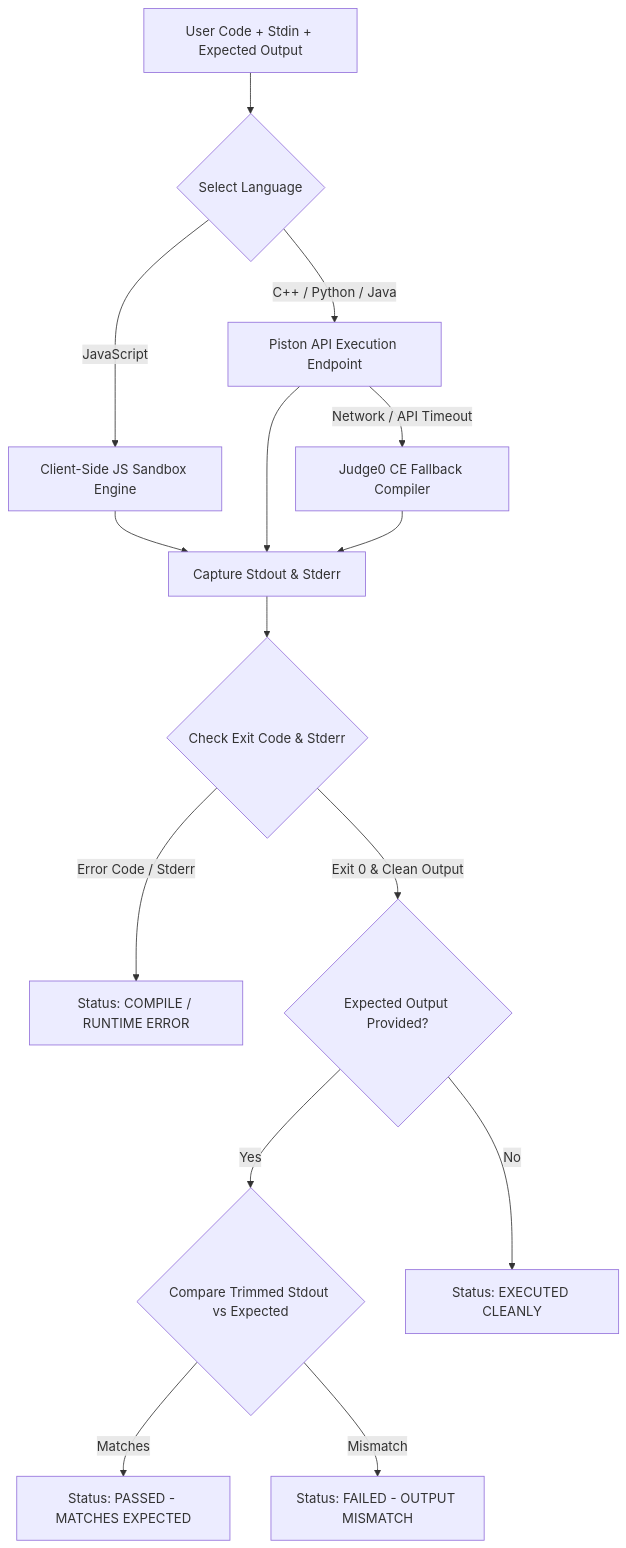
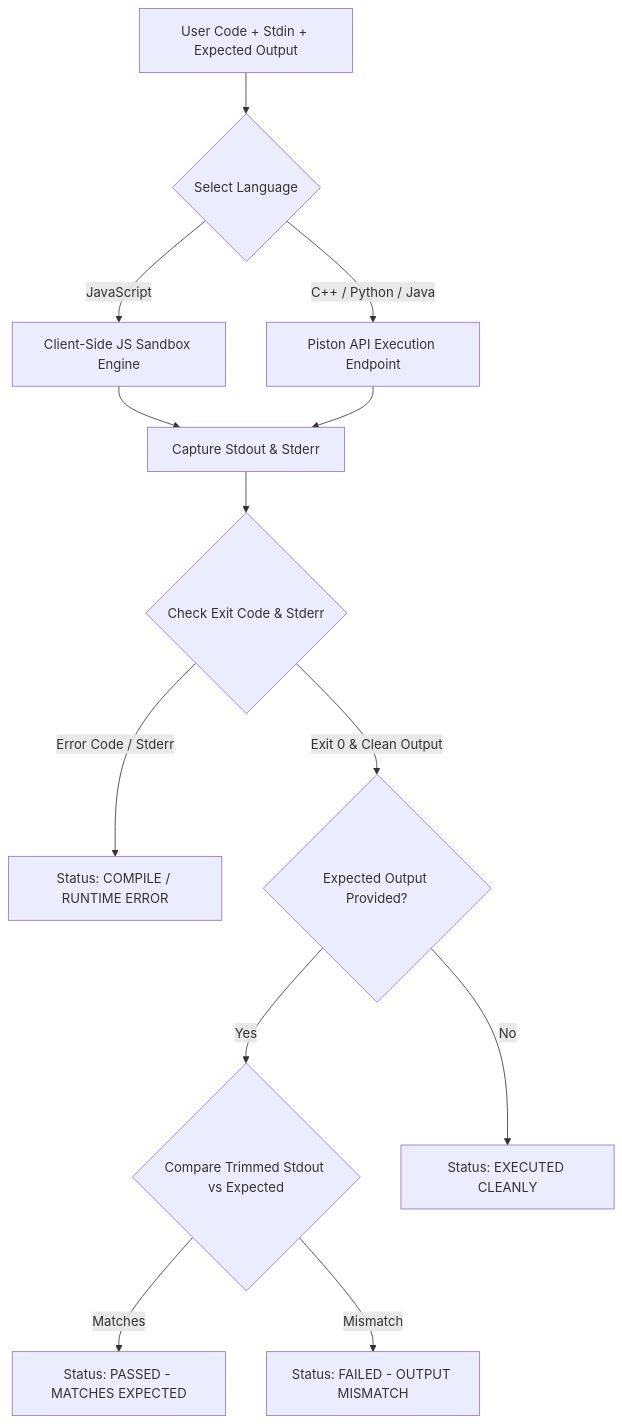
Before and after one commit to ShreyanshGiri08/CodeClash: the third of 3 diagrams in README.md, drawn with Mermaid. The commit also changed other lines of this file, not shown here.

````diff
--- a/README.md
+++ b/README.md
@@ -138,17 +151,15 @@
 ```mermaid
 flowchart TD
     A[User Code + Stdin + Expected Output] --> B{Select Language}
     B -->|JavaScript| C[Client-Side JS Sandbox Engine]
     B -->|C++ / Python / Java| D[Piston API Execution Endpoint]
-    D -->|Network / API Timeout| E[Judge0 CE Fallback Compiler]
     C --> F[Capture Stdout & Stderr]
     D --> F
-    E --> F
     F --> G{Check Exit Code & Stderr}
     G -->|Error Code / Stderr| H[Status: COMPILE / RUNTIME ERROR]
     G -->|Exit 0 & Clean Output| I{Expected Output Provided?}
     I -->|Yes| J{Compare Trimmed Stdout vs Expected}
     J -->|Matches| K[Status: PASSED - MATCHES EXPECTED]
     J -->|Mismatch| L[Status: FAILED - OUTPUT MISMATCH]
     I -->|No| M[Status: EXECUTED CLEANLY]
 ```
````
